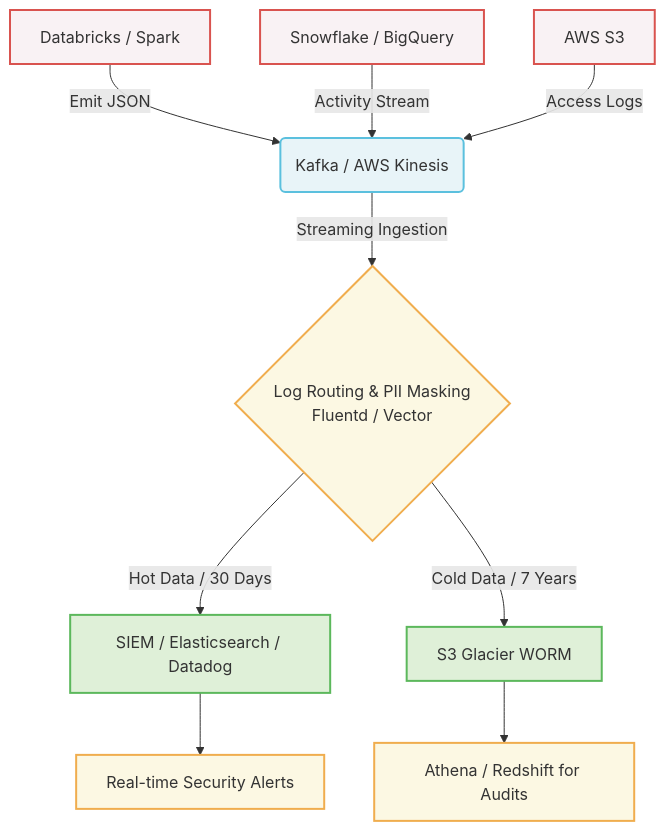
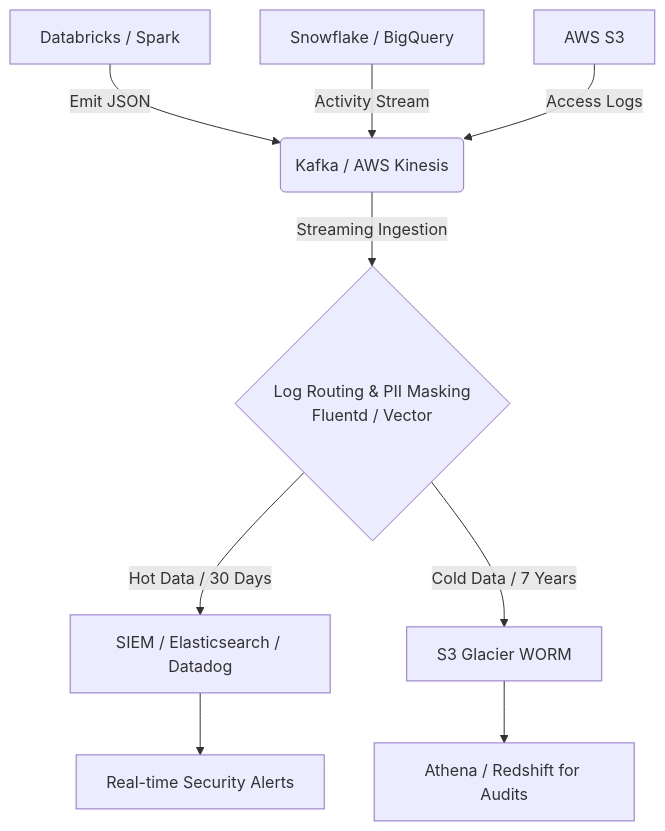
One commit to kythuatdulieu/kythuatdulieu.github.io changed the first of 2 diagrams in src/content/docs/concepts/8-security-governance-finops/audit-logging.md. Above: the diagram before and after it, drawn with Mermaid. The commit also changed 682 other files, not shown here.

````diff
--- a/src/content/docs/concepts/8-security-governance-finops/audit-logging.md
+++ b/src/content/docs/concepts/8-security-governance-finops/audit-logging.md
@@ -48,19 +48,18 @@
 ```mermaid
 graph TD
-    classDef source fill:#f9f2f4,stroke:#d9534f,stroke-width:2px;
-    classDef broker fill:#e8f4f8,stroke:#5bc0de,stroke-width:2px;
-    classDef process fill:#fcf8e3,stroke:#f0ad4e,stroke-width:2px;
-    classDef storage fill:#dff0d8,stroke:#5cb85c,stroke-width:2px;
+
+
+
 
     A1[Databricks / Spark]:::source -->|Emit JSON| B(Kafka / AWS Kinesis):::broker
     A2[Snowflake / BigQuery]:::source -->|Activity Stream| B
     A3[AWS S3]:::source -->|Access Logs| B
     
     B -->|Streaming Ingestion| C{Log Routing & PII Masking <br/> Fluentd / Vector}:::process
     
     C -->|Hot Data / 30 Days| D[SIEM / Elasticsearch / Datadog]:::storage
     D --> E[Real-time Security Alerts]:::process
     
     C -->|Cold Data / 7 Years| F[S3 Glacier WORM]:::storage
     F --> G[Athena / Redshift for Audits]:::process
 ```
````
